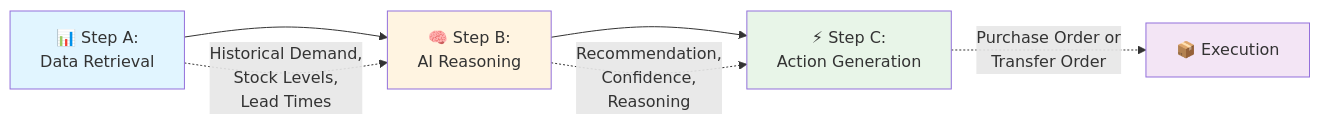
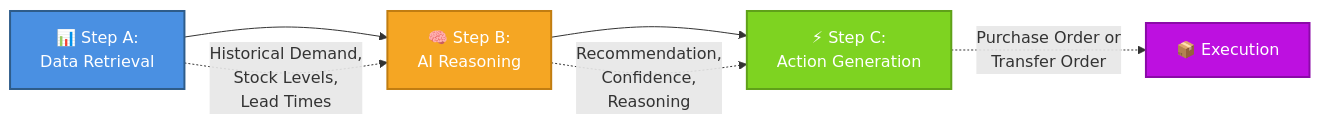
Before and after one commit to HemantSudarshan/Agentic-Inventory-Restocking-Servic: the first of 3 diagrams in README.md, drawn with Mermaid. The commit also changed other lines of this file, not shown here.

````diff
--- a/README.md
+++ b/README.md
@@ -60,14 +60,14 @@
 ```mermaid
 graph LR
     A[📊 Step A:<br/>Data Retrieval] --> B[🧠 Step B:<br/>AI Reasoning]
     B --> C[⚡ Step C:<br/>Action Generation]
     
     A -.->|Historical Demand,<br/>Stock Levels,<br/>Lead Times| B
     B -.->|Recommendation,<br/>Confidence,<br/>Reasoning| C
     C -.->|Purchase Order or<br/>Transfer Order| D[📦 Execution]
     
-    style A fill:#e1f5ff
-    style B fill:#fff4e1
-    style C fill:#e8f5e8
-    style D fill:#f3e5f5
+    style A fill:#4A90E2,stroke:#2E5C8A,stroke-width:2px,color:#fff
+    style B fill:#F5A623,stroke:#C17D11,stroke-width:2px,color:#fff
+    style C fill:#7ED321,stroke:#5FA119,stroke-width:2px,color:#fff
+    style D fill:#BD10E0,stroke:#8B0AA8,stroke-width:2px,color:#fff
 ```
````
